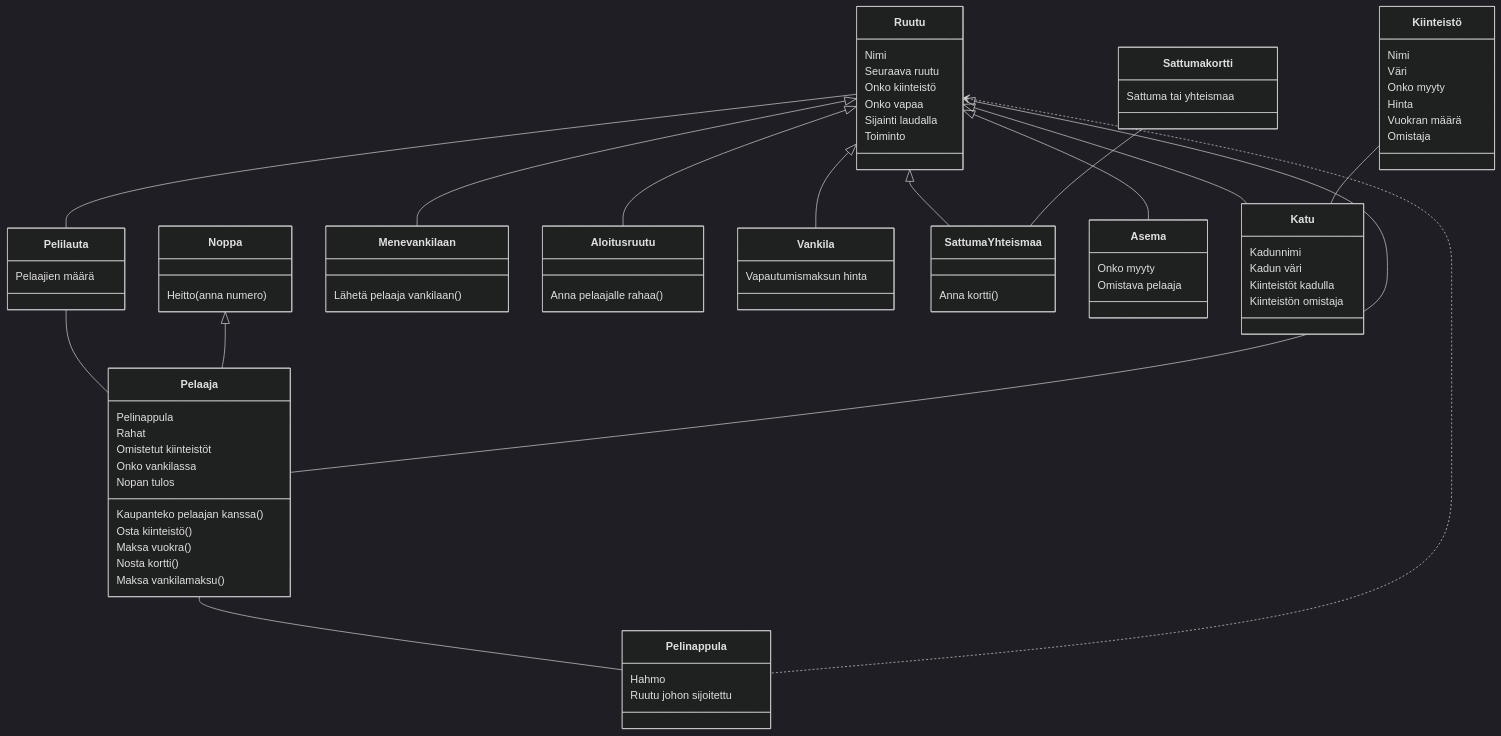
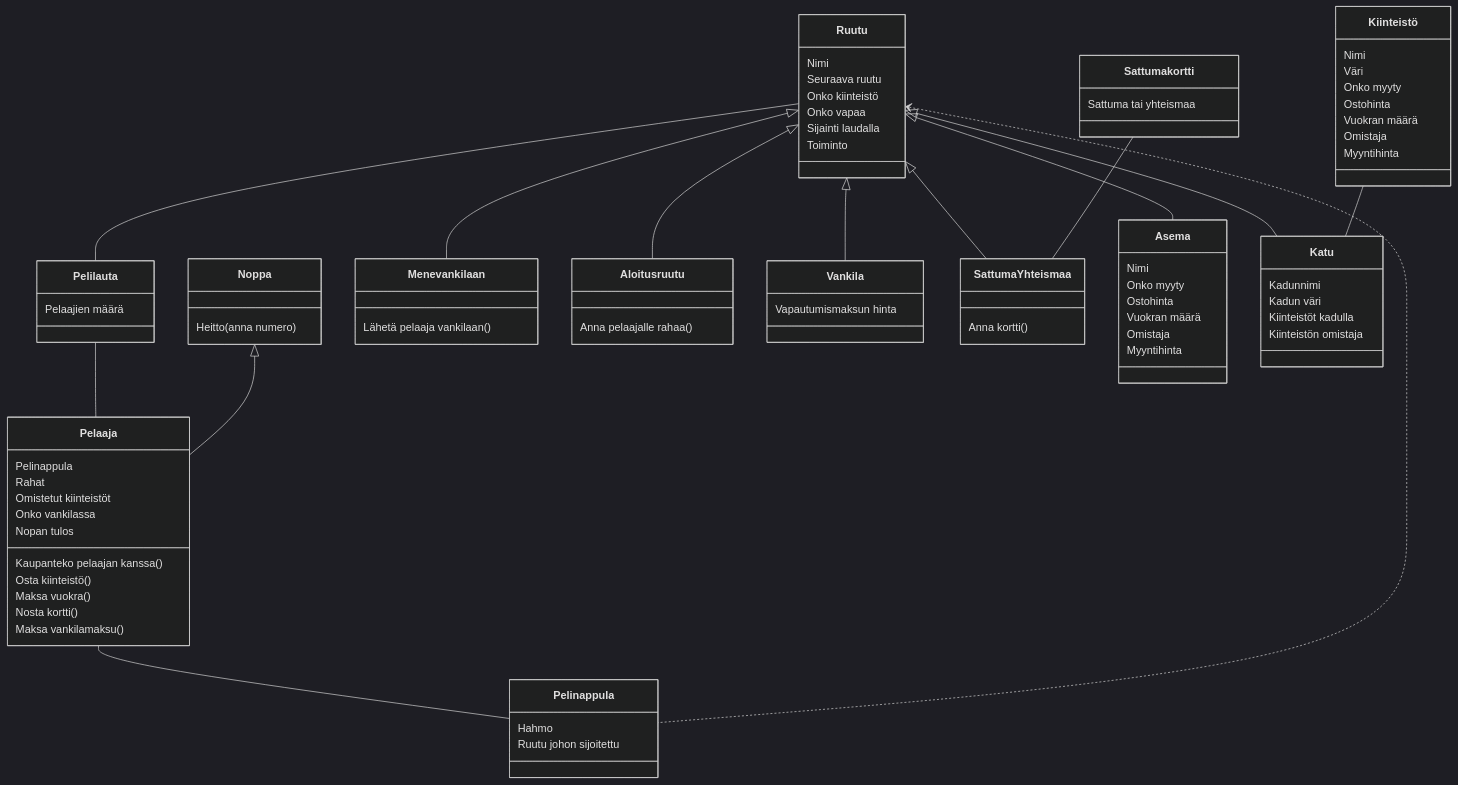
One commit to kodtld/TravelHub changed the diagram in laskarit/viikko3/luokkakaavio.md. Above: the diagram before and after it, drawn with Mermaid (dark theme).

````diff
--- a/laskarit/viikko3/luokkakaavio.md
+++ b/laskarit/viikko3/luokkakaavio.md
@@ -8,7 +8,6 @@
       Ruutu  <|-- SattumaYhteismaa
       Ruutu  <|-- Asema
       Ruutu  <|-- Katu
-      Ruutu  <|-- Pelaaja
       Ruutu -- Pelilauta
       Kiinteistö -- Katu
       Pelaaja -- Pelinappula
@@ -67,8 +66,12 @@
       }
 
       class Asema{
+          Nimi
           Onko myyty
-          Omistava pelaaja
+          Ostohinta
+          Vuokran määrä
+          Omistaja
+          Myyntihinta
       }
 
       class Katu{
@@ -82,8 +85,9 @@
           Nimi
           Väri
           Onko myyty
-          Hinta
+          Ostohinta
           Vuokran määrä
           Omistaja
+          Myyntihinta
       }
 ```
````
